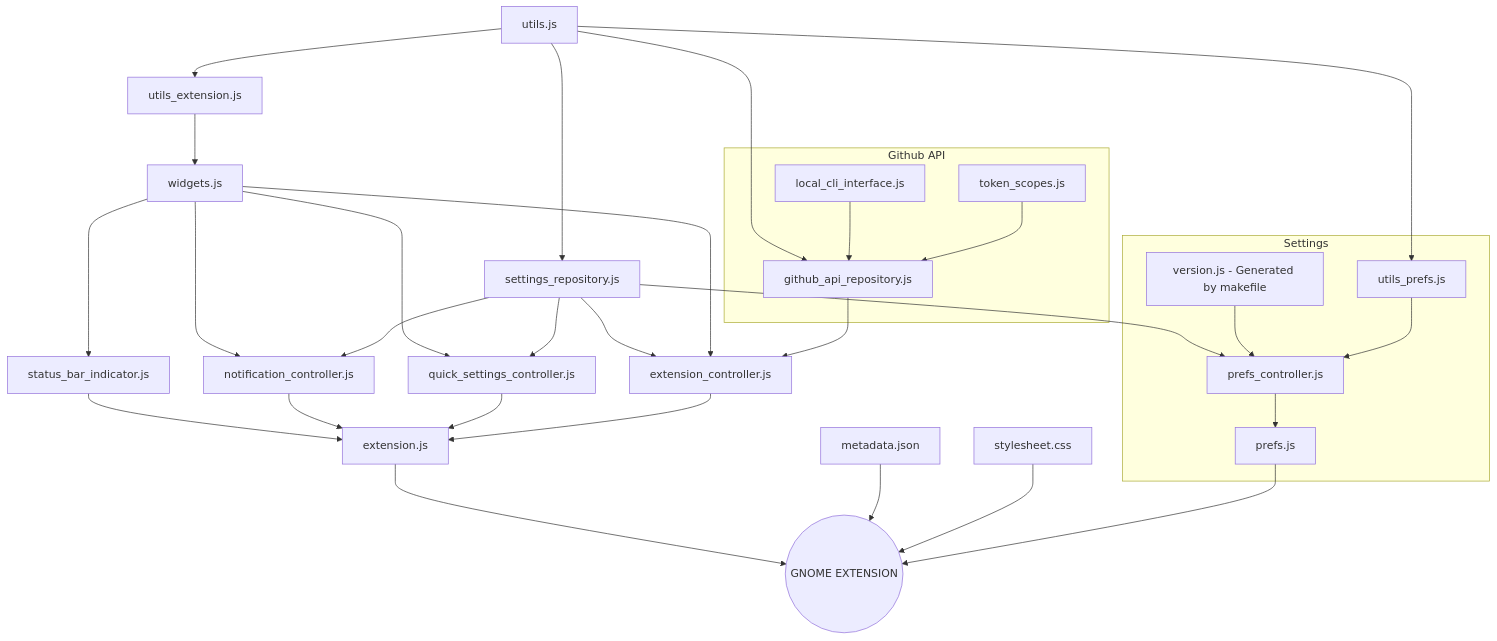
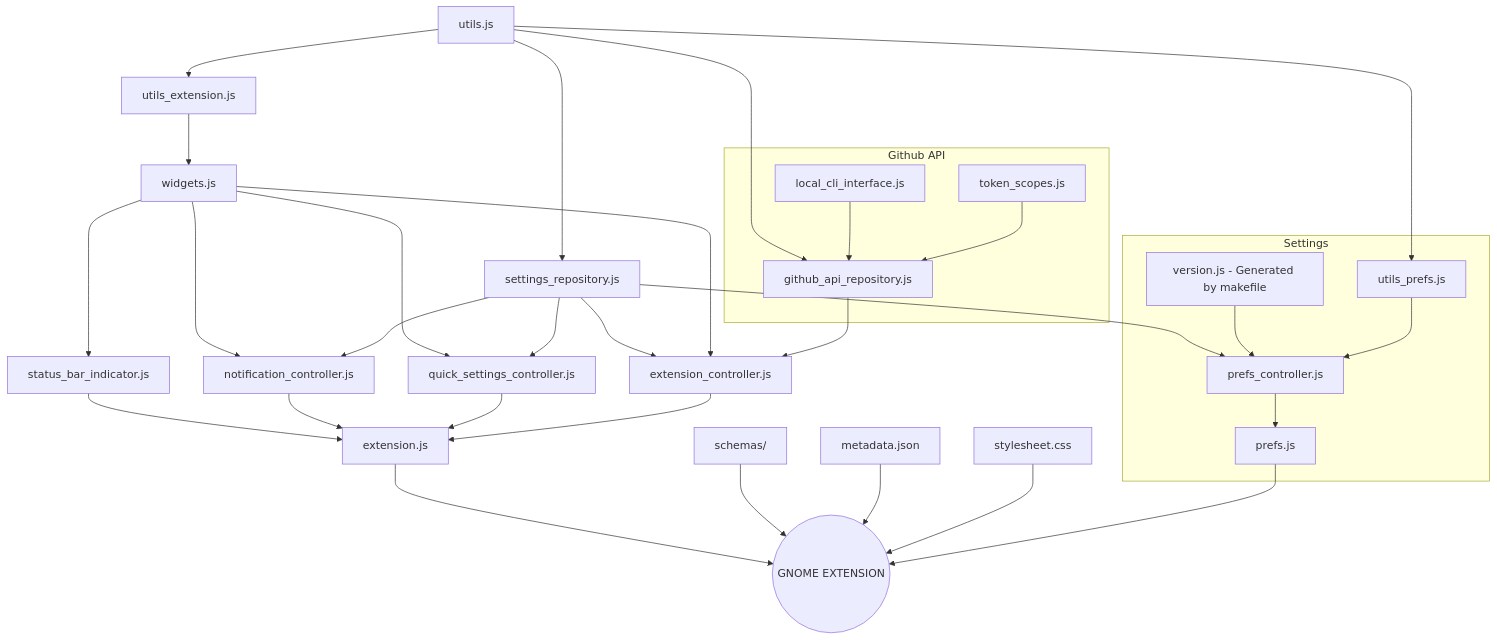
Before and after one commit to arononak/github-actions-gnome-extension: the diagram in README.md, drawn with Mermaid.

````diff
--- a/README.md
+++ b/README.md
@@ -33,44 +33,45 @@
 ```mermaid
 graph TD
     utils.js-->utils_extension.js
     utils.js-->github_api_repository.js
     utils.js-->utils_prefs.js
     utils.js-->settings_repository.js
     utils_extension.js-->widgets.js
     widgets.js--->status_bar_indicator.js
     widgets.js--->quick_settings_controller.js
     widgets.js--->notification_controller.js
     settings_repository.js-->extension_controller.js
     widgets.js-->extension_controller.js
     local_cli_interface.js-->github_api_repository.js
     token_scopes.js-->github_api_repository.js
     github_api_repository.js-->extension_controller.js
     settings_repository.js-->quick_settings_controller.js
     settings_repository.js-->notification_controller.js
     settings_repository.js-->prefs_controller.js
     version.js[version.js - Generated by makefile]-->prefs_controller.js
     utils_prefs.js-->prefs_controller.js
     prefs_controller.js-->prefs.js
     status_bar_indicator.js-->extension.js
     notification_controller.js-->extension.js
     quick_settings_controller.js-->extension.js
     extension_controller.js-->extension.js
     
     extension.js-->EXTENSION((GNOME EXTENSION))
+    schemas/-->EXTENSION((GNOME EXTENSION))
     metadata.json-->EXTENSION((GNOME EXTENSION))
     stylesheet.css-->EXTENSION((GNOME EXTENSION))
     prefs.js-->EXTENSION((GNOME EXTENSION))
 
     subgraph "Settings"
         version.js
         prefs.js
         prefs_controller.js
         utils_prefs.js
     end
 
     subgraph "Github API"
         token_scopes.js
         local_cli_interface.js
         github_api_repository.js
     end
 ```
````
